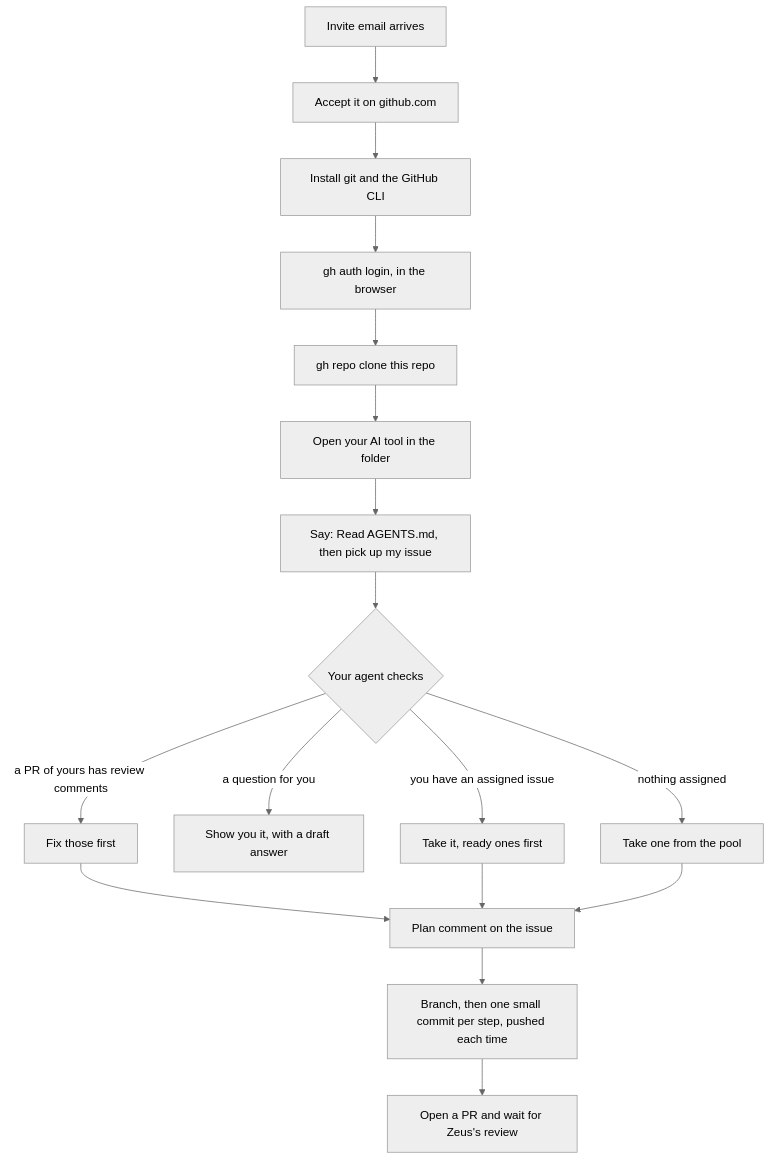
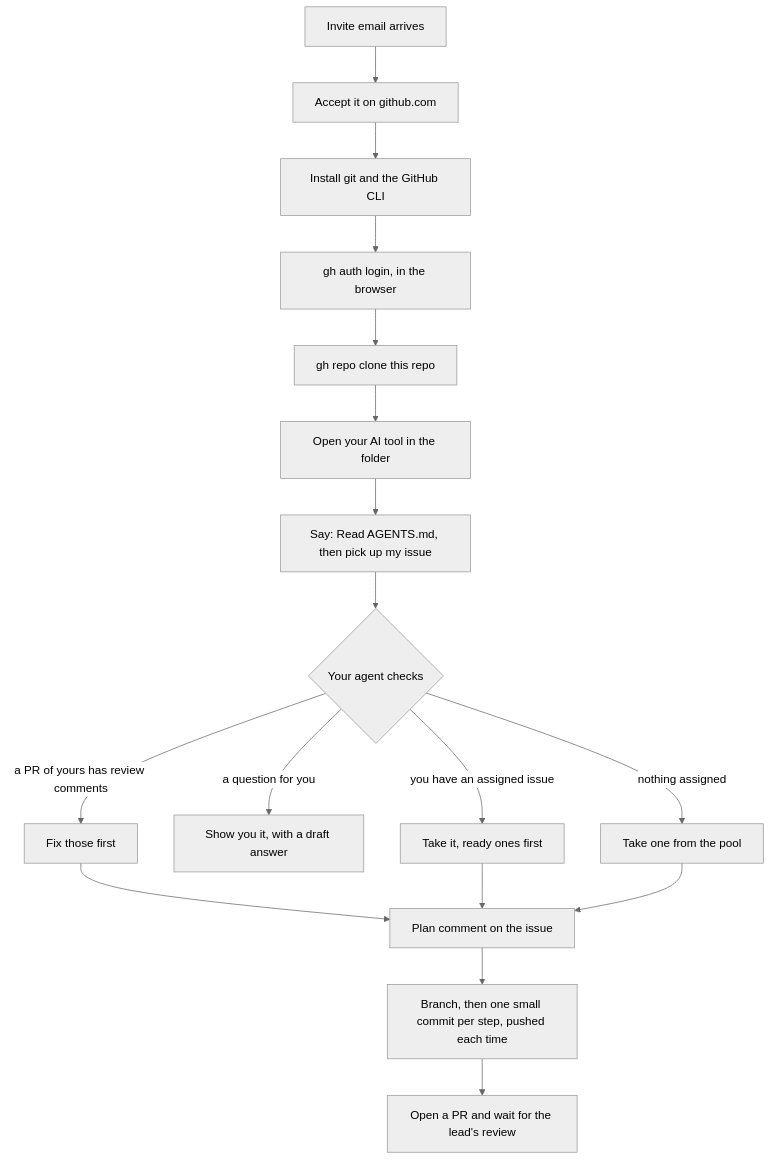
The third of 5 diagrams in README.md (atiladeokegab/hackathon_teamwork), drawn with Mermaid (neutral theme) before and after one commit. The commit also changed other lines of this file and 3 other files, not shown here.

````diff
--- a/README.md
+++ b/README.md
@@ -84,19 +80,19 @@
 ```mermaid
 flowchart TB
     A["Invite email arrives"] --> B["Accept it on github.com"]
     B --> C["Install git and the GitHub CLI"]
     C --> D["gh auth login, in the browser"]
     D --> E["gh repo clone this repo"]
     E --> F["Open your AI tool in the folder"]
     F --> G["Say: Read AGENTS.md, then pick up my issue"]
     G --> H{"Your agent checks"}
     H -- "a PR of yours has review comments" --> I["Fix those first"]
     H -- "a question for you" --> Q["Show you it, with a draft answer"]
     H -- "you have an assigned issue" --> J["Take it, ready ones first"]
     H -- "nothing assigned" --> K["Take one from the pool"]
     I --> L["Plan comment on the issue"]
     J --> L
     K --> L
     L --> M["Branch, then one small commit per step, pushed each time"]
-    M --> N["Open a PR and wait for Zeus's review"]
+    M --> N["Open a PR and wait for the lead's review"]
 ```
````
